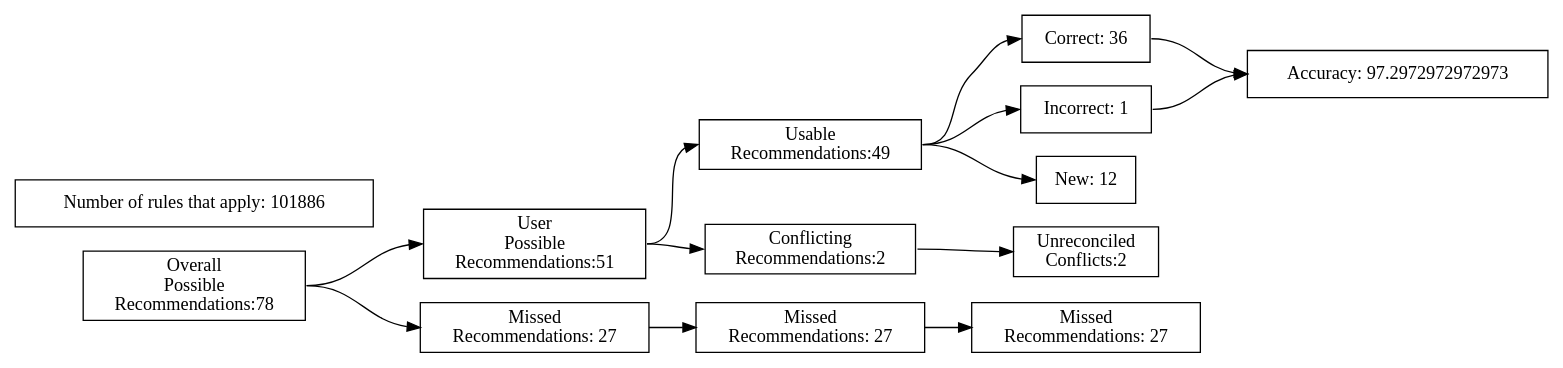
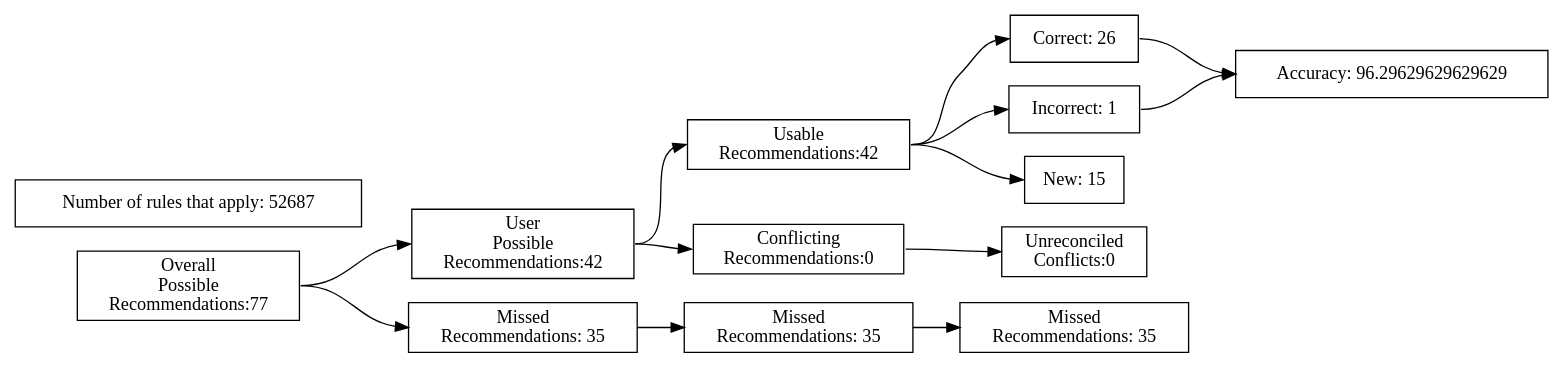
The diagram in test_renders/73.gv (ZaxR/ibd_diet_analysis), drawn with Graphviz before and after one commit. The commit also changed 224 other files, not shown here.

Commit message:
Add model summary chart; fix typos

```diff
--- a/test_renders/73.gv
+++ b/test_renders/73.gv
@@ -1,40 +1,40 @@
 digraph {
 	graph [rankdir=LR]
 	node [pos=r shape=box]
 	edge [headport=w tailport=e]
 		A [label="Overall
 Possible
-Recommendations:78"]
+Recommendations:77"]
 		B [label="User
 Possible
-Recommendations:51"]
+Recommendations:42"]
 		C [label="Missed
-Recommendations: 27"]
+Recommendations: 35"]
 		D [label="Usable
-Recommendations:49"]
+Recommendations:42"]
 		E [label="Conflicting
-Recommendations:2"]
+Recommendations:0"]
 		J [label="Missed
-Recommendations: 27"]
+Recommendations: 35"]
 		M [label="Unreconciled
-Conflicts:2"]
-		F [label="Correct: 36"]
+Conflicts:0"]
+		F [label="Correct: 26"]
 		G [label="Incorrect: 1"]
-		H [label="New: 12"]
+		H [label="New: 15"]
 		K [label="Missed
-Recommendations: 27"]
-		I [label="Accuracy: 97.2972972972973"]
-		l [label="Number of rules that apply: 101886"]
+Recommendations: 35"]
+		I [label="Accuracy: 96.29629629629629"]
+		l [label="Number of rules that apply: 52687"]
 			A -> B
 			A -> C
 			B -> D
 			B -> E
 			D -> F
 			D -> G
 			D -> H
 			F -> I
 			G -> I
 			C -> J
 			J -> K
 			E -> M
 }
```
